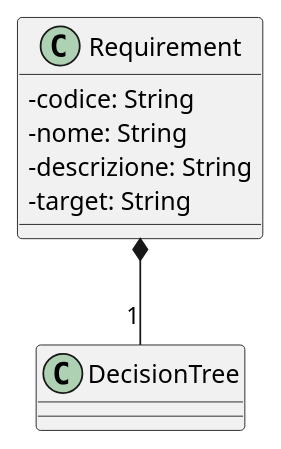
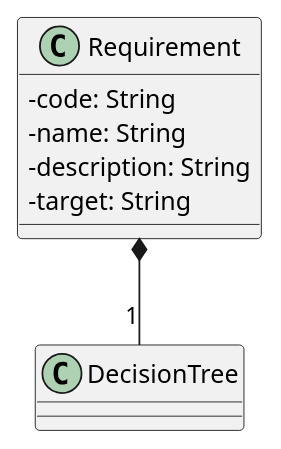
Before and after one commit to GroupRubberDuck/Documentazione: the diagram in src/PB/DocumentazioneEsterna/Specifica_Tecnica/content/uml/puml/Diagrammi_classi/Dominio/Requirement.puml, drawn with PlantUML. The commit also changed 6 other files, not shown here.

```diff
--- a/src/PB/DocumentazioneEsterna/Specifica_Tecnica/content/uml/puml/Diagrammi_classi/Dominio/Requirement.puml
+++ b/src/PB/DocumentazioneEsterna/Specifica_Tecnica/content/uml/puml/Diagrammi_classi/Dominio/Requirement.puml
@@ -1,13 +1,13 @@
 @startuml Requirement
 skinparam linetype ortho
 skinparam classAttributeIconSize 0
 
 class Requirement {
-    - codice: String
-    - nome: String
-    - descrizione: String
+    - code: String
+    - name: String
+    - description: String
     - target: String
 }
 Requirement *-- "1" DecisionTree
 
 @enduml
```
